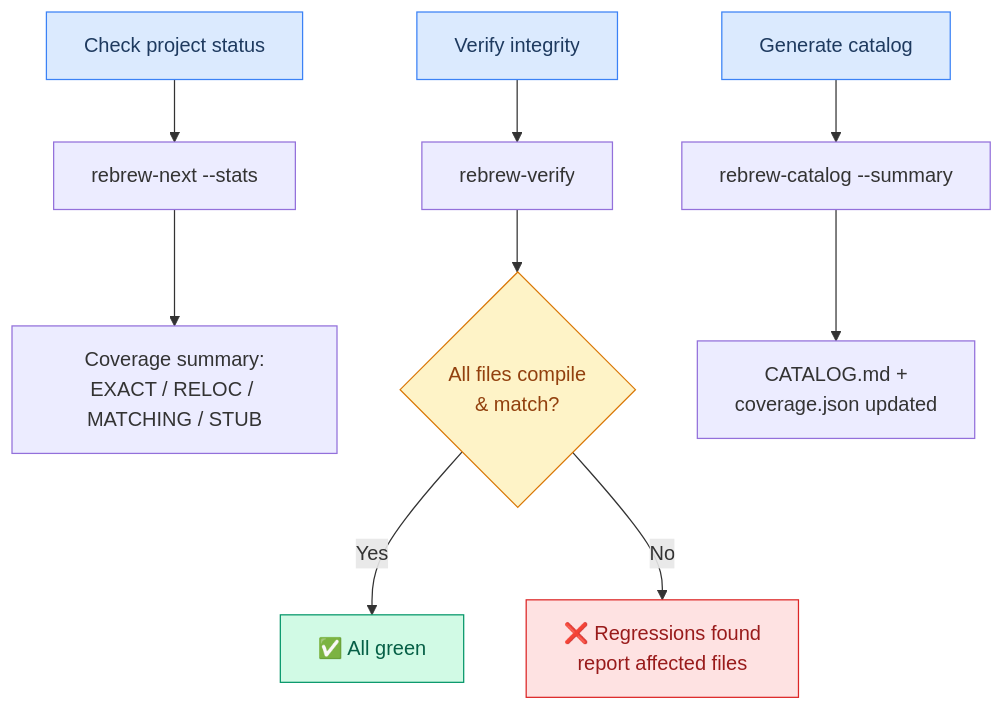
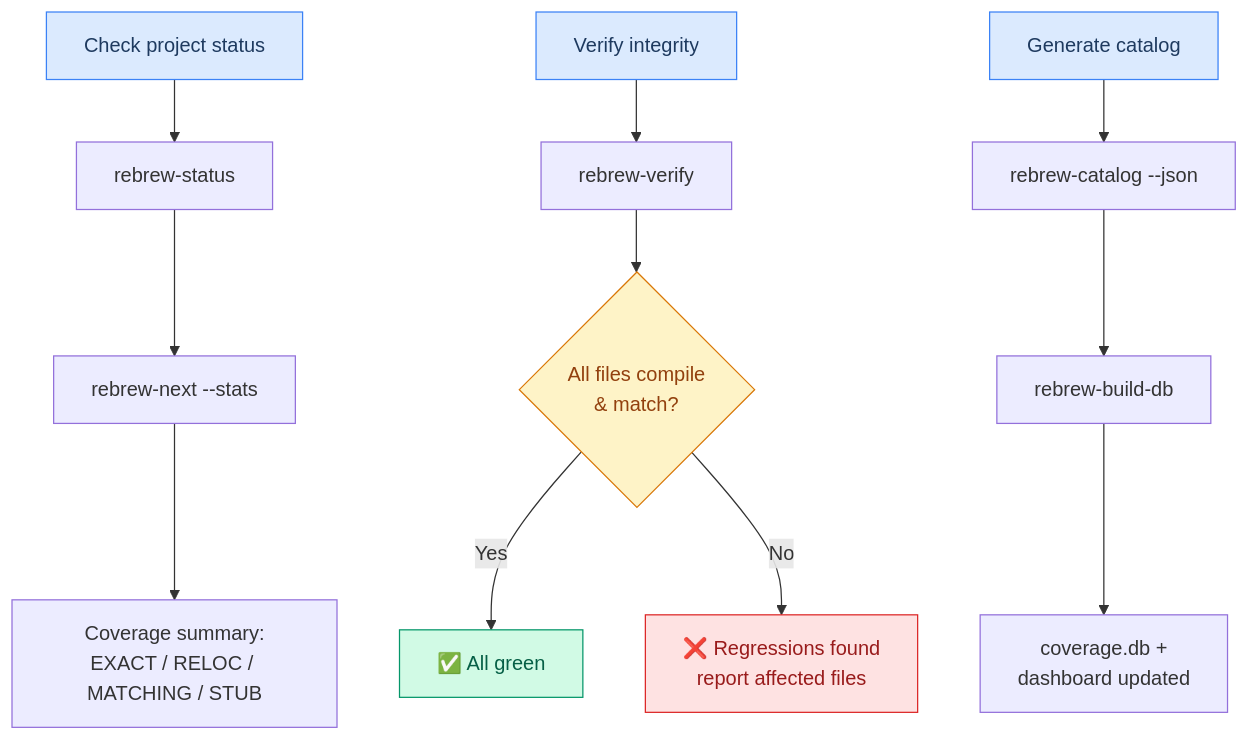
Diagram 11 of 16 in docs/USER_STORIES.md (maci0/rebrew), drawn with Mermaid before and after one commit. The commit also changed other lines of this file and 10 other files, not shown here.

````diff
--- a/docs/USER_STORIES.md
+++ b/docs/USER_STORIES.md
@@ -353,20 +369,22 @@
 ```mermaid
 graph TD
-    A["Check project status"] --> B["rebrew-next --stats"]
+    A["Check project status"] --> S["rebrew-status"]
+    S --> B["rebrew-next --stats"]
     B --> C["Coverage summary:<br/>EXACT / RELOC / MATCHING / STUB"]
 
     D["Verify integrity"] --> E["rebrew-verify"]
     E --> F{"All files compile<br/>& match?"}
     F -->|Yes| G["✅ All green"]
     F -->|No| H["❌ Regressions found<br/>report affected files"]
 
-    I["Generate catalog"] --> J["rebrew-catalog --summary"]
-    J --> K["CATALOG.md +<br/>coverage.json updated"]
+    I["Generate catalog"] --> J["rebrew-catalog --json"]
+    J --> BD["rebrew-build-db"]
+    BD --> K["coverage.db +<br/>dashboard updated"]
 
     style A fill:#dbeafe,stroke:#3b82f6,color:#1e3a5f
     style D fill:#dbeafe,stroke:#3b82f6,color:#1e3a5f
     style I fill:#dbeafe,stroke:#3b82f6,color:#1e3a5f
     style G fill:#d1fae5,stroke:#059669,color:#065f46
     style H fill:#fee2e2,stroke:#dc2626,color:#991b1b
     style F fill:#fef3c7,stroke:#d97706,color:#92400e
 ```
````
